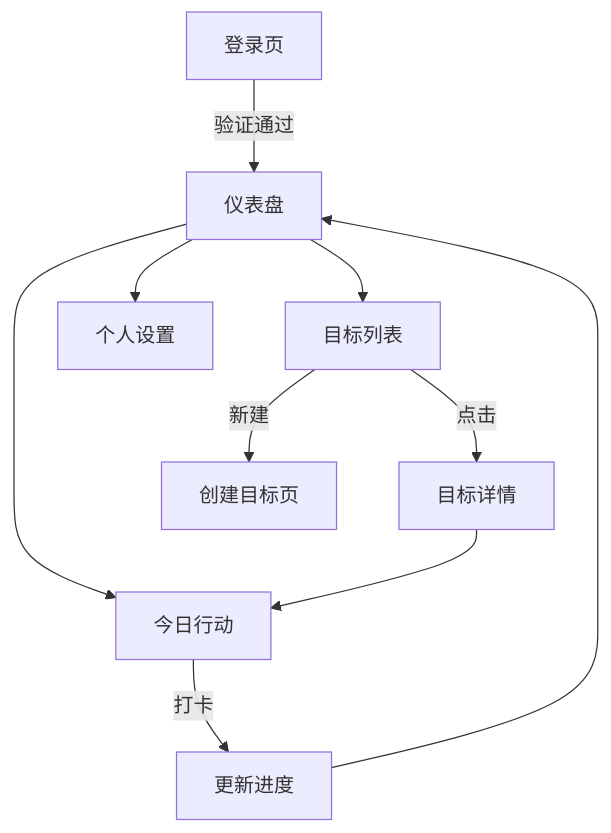
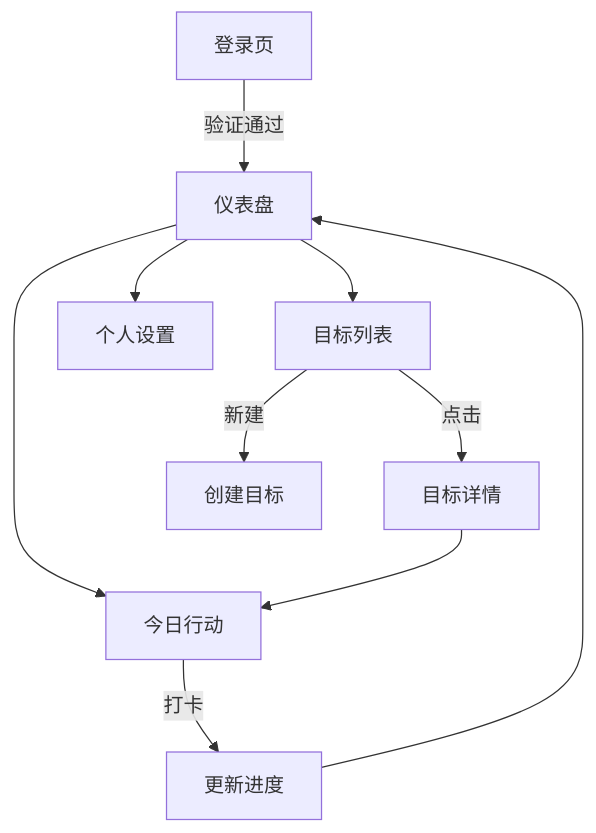
Before and after one commit to AIYAZONE/flowspark: the diagram in .trae/documents/产品 - 02 MVP产品需求文档.md, drawn with Mermaid. The commit also changed other lines of this file and 2 other files, not shown here.

First line of the commit message:
docs(产品文档): 更新产品路线图和需求文档

````diff
--- a/.trae/documents/产品 - 02 MVP产品需求文档.md
+++ b/.trae/documents/产品 - 02 MVP产品需求文档.md
@@ -52,12 +74,12 @@
 ```mermaid
 graph TD
     A[登录页] -->|验证通过| B[仪表盘]
     B --> C[今日行动]
     B --> D[目标列表]
     B --> G[个人设置]
     D -->|点击| E[目标详情]
-    D -->|新建| H[创建目标页]
+    D -->|新建| H[创建目标]
     E --> C
     C -->|打卡| F[更新进度]
     F --> B
 ```
````
